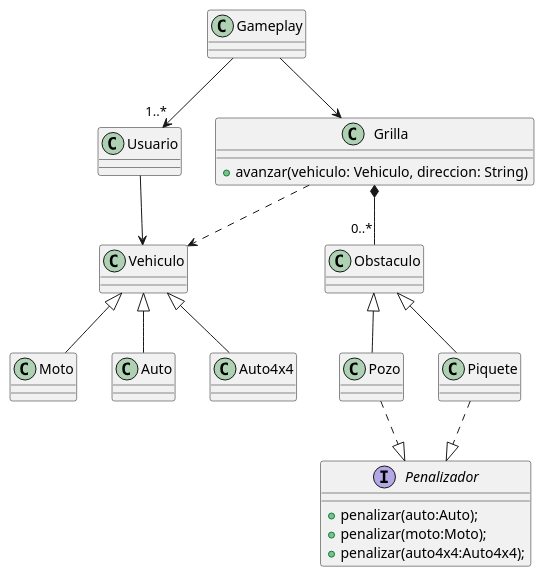
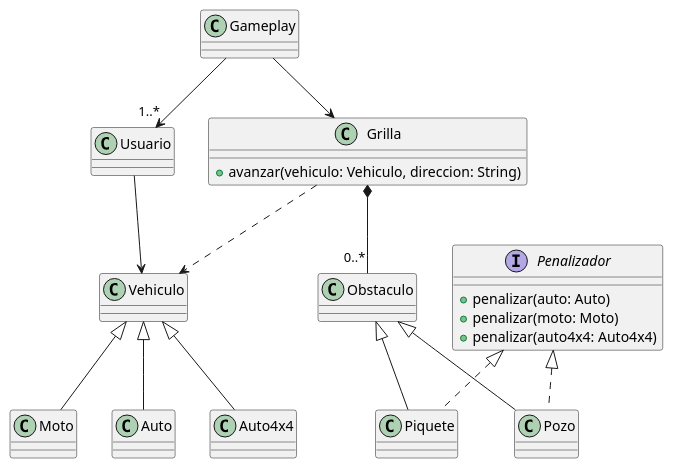
One commit to Dolo-pavon01/gpsChallenge changed the diagram in diagrams/classes/entrega 2/Usuario.puml. Above: the diagram before and after it, drawn with PlantUML. The commit also changed 6 other files, not shown here.

Commit message:
chore(diagrams): se modificaron definiciones de diagramas

```diff
--- a/diagrams/classes/entrega 2/Usuario.puml
+++ b/diagrams/classes/entrega 2/Usuario.puml
@@ -1,35 +1,31 @@
 @startuml
 'https://plantuml.com/class-diagram
 
 class Gameplay {}
 
 class Grilla {
     + avanzar(vehiculo: Vehiculo, direccion: String)
 }
 
 class Usuario {}
 
 interface Penalizador{
-+ penalizar(auto:Auto);
-+ penalizar(moto:Moto);
-+ penalizar(auto4x4:Auto4x4);
+    + penalizar(auto: Auto)
+    + penalizar(moto: Moto)
+    + penalizar(auto4x4: Auto4x4)
 }
 
-
 Gameplay --> Grilla
+Gameplay --> "1..*" Usuario
 Usuario --> Vehiculo
-
-Gameplay --> "1..*" Usuario
 Grilla ..> Vehiculo
 Grilla *-- "0..*" Obstaculo
 Vehiculo <|-- Moto
 Vehiculo <|-- Auto
 Vehiculo <|-- Auto4x4
-
-Pozo ..|> Penalizador
-Piquete ..|> Penalizador
 Obstaculo <|-- Pozo
 Obstaculo <|-- Piquete
-
+Penalizador <|.. Pozo
+Penalizador <|.. Piquete
 
 @enduml
```
